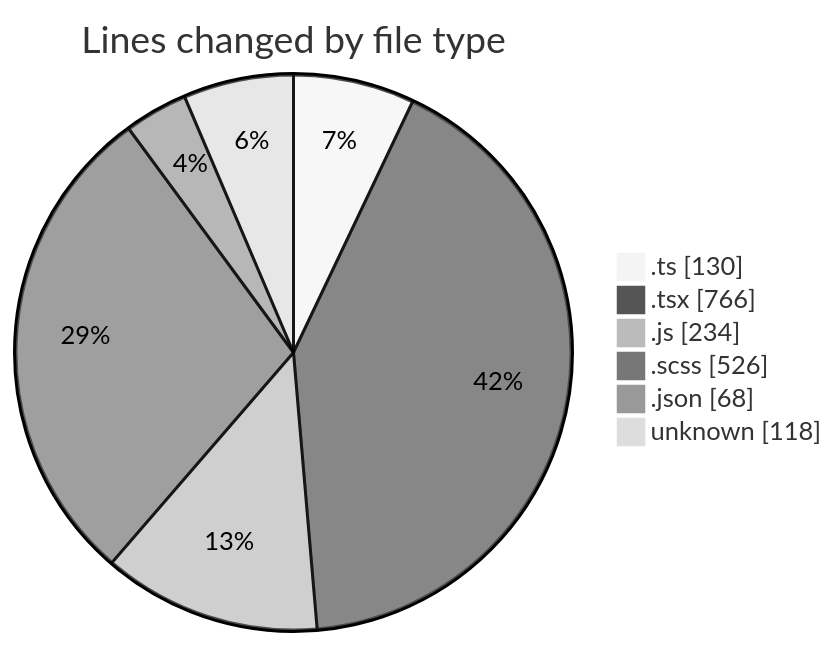
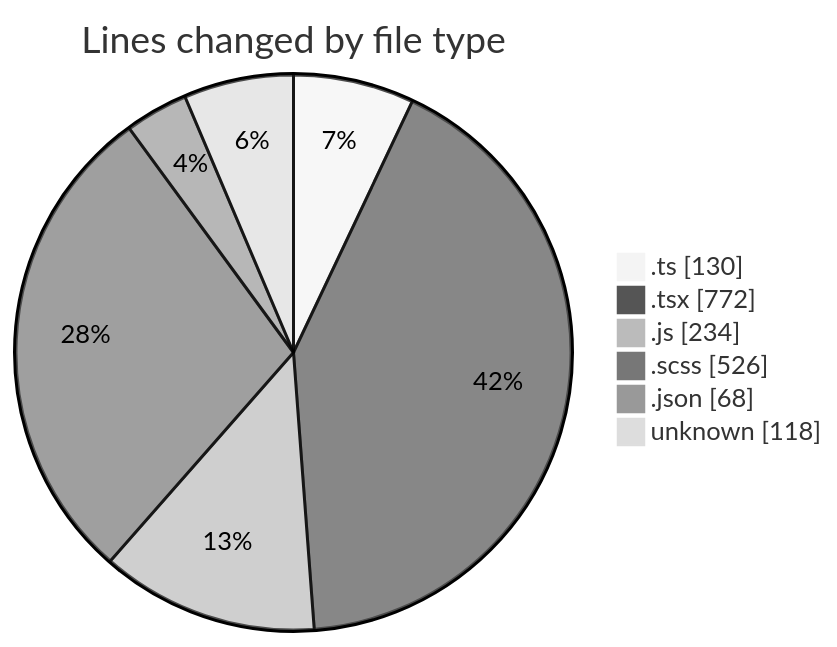
The first of 2 diagrams in 2026-05-08/cda/README.md (momahboobian/code-tracking), drawn with Mermaid (neutral theme) before and after one commit. The commit also changed other lines of this file and 1 other file, not shown here.

````diff
--- a/2026-05-08/cda/README.md
+++ b/2026-05-08/cda/README.md
@@ -38,10 +38,10 @@
 ```mermaid
 pie showData
 title Lines changed by file type
 ".ts" : 130
-".tsx" : 766
+".tsx" : 772
 ".js" : 234
 ".scss" : 526
 ".json" : 68
 "unknown" : 118
 ```
````
